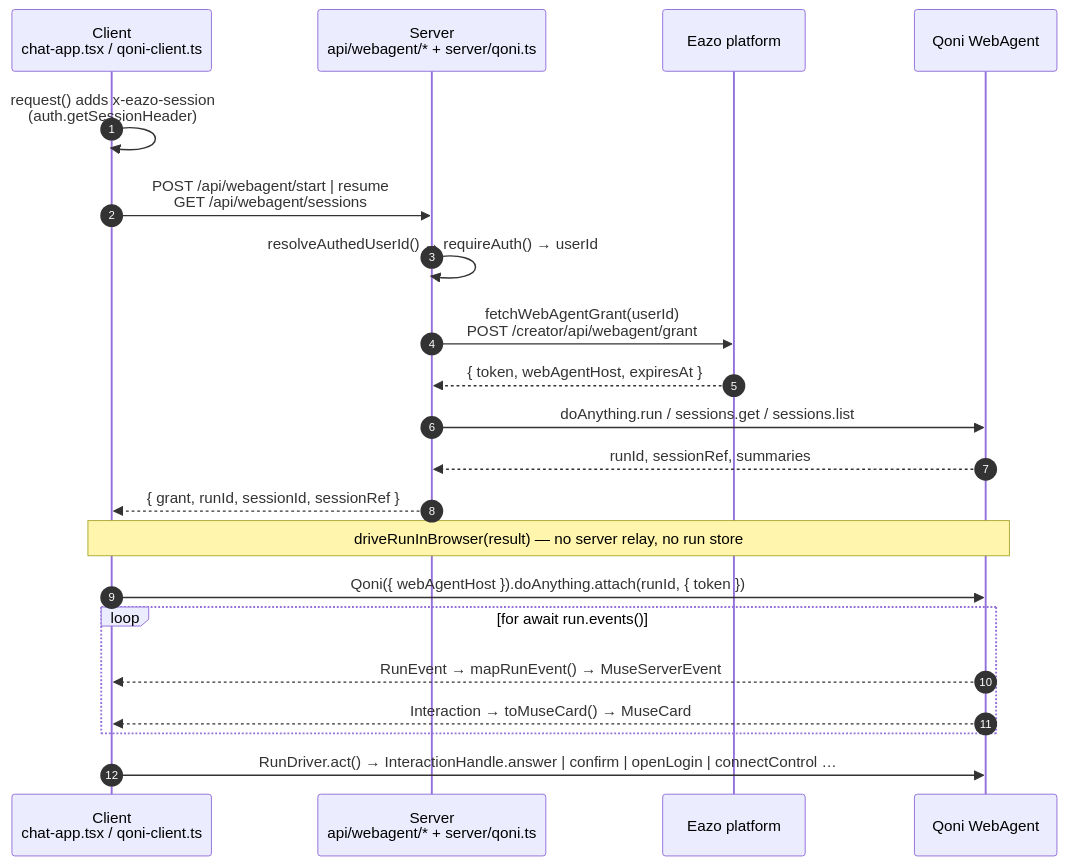
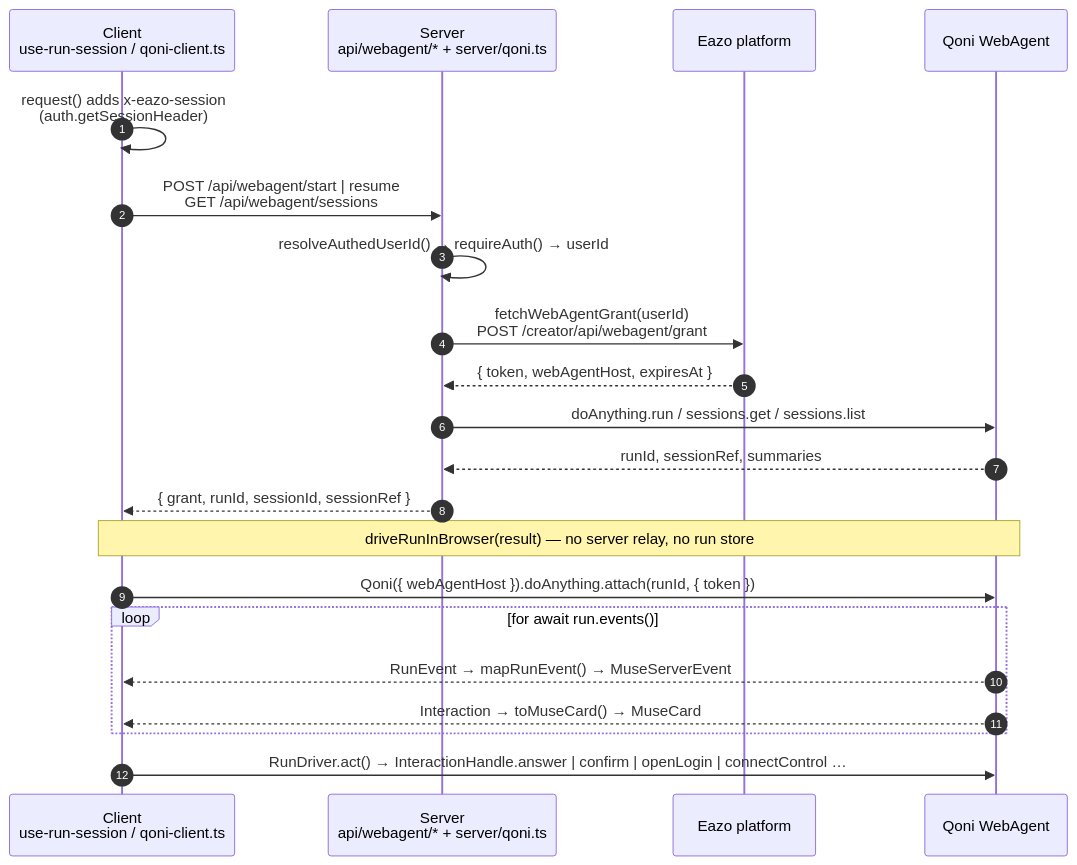
Before and after one commit to EazoAI/eazo-creator-personal-agent-template: the first of 2 diagrams in AGENTS.md, drawn with Mermaid. The commit also changed other lines of this file and 10 other files, not shown here.

First line of the commit message:
refactor: Transition ChatApp to use `useRunSession` for session management

````diff
--- a/AGENTS.md
+++ b/AGENTS.md
@@ -18,25 +18,25 @@
 ```mermaid
 sequenceDiagram
     autonumber
-    participant C as Client<br/>chat-app.tsx / qoni-client.ts
+    participant C as Client<br/>use-run-session / qoni-client.ts
     participant S as Server<br/>api/webagent/* + server/qoni.ts
     participant E as Eazo platform
     participant Q as Qoni WebAgent
 
     C->>C: request() adds x-eazo-session<br/>(auth.getSessionHeader)
     C->>S: POST /api/webagent/start | resume<br/>GET /api/webagent/sessions
     S->>S: resolveAuthedUserId() → requireAuth() → userId
     S->>E: fetchWebAgentGrant(userId)<br/>POST /creator/api/webagent/grant
     E-->>S: { token, webAgentHost, expiresAt }
     S->>Q: doAnything.run / sessions.get / sessions.list
     Q-->>S: runId, sessionRef, summaries
     S-->>C: { grant, runId, sessionId, sessionRef }
 
     Note over C,Q: driveRunInBrowser(result) — no server relay, no run store
     C->>Q: Qoni({ webAgentHost }).doAnything.attach(runId, { token })
     loop for await run.events()
         Q-->>C: RunEvent → mapRunEvent() → MuseServerEvent
         Q-->>C: Interaction → toMuseCard() → MuseCard
     end
     C->>Q: RunDriver.act() → InteractionHandle.answer | confirm | openLogin | connectControl …
 ```
````
